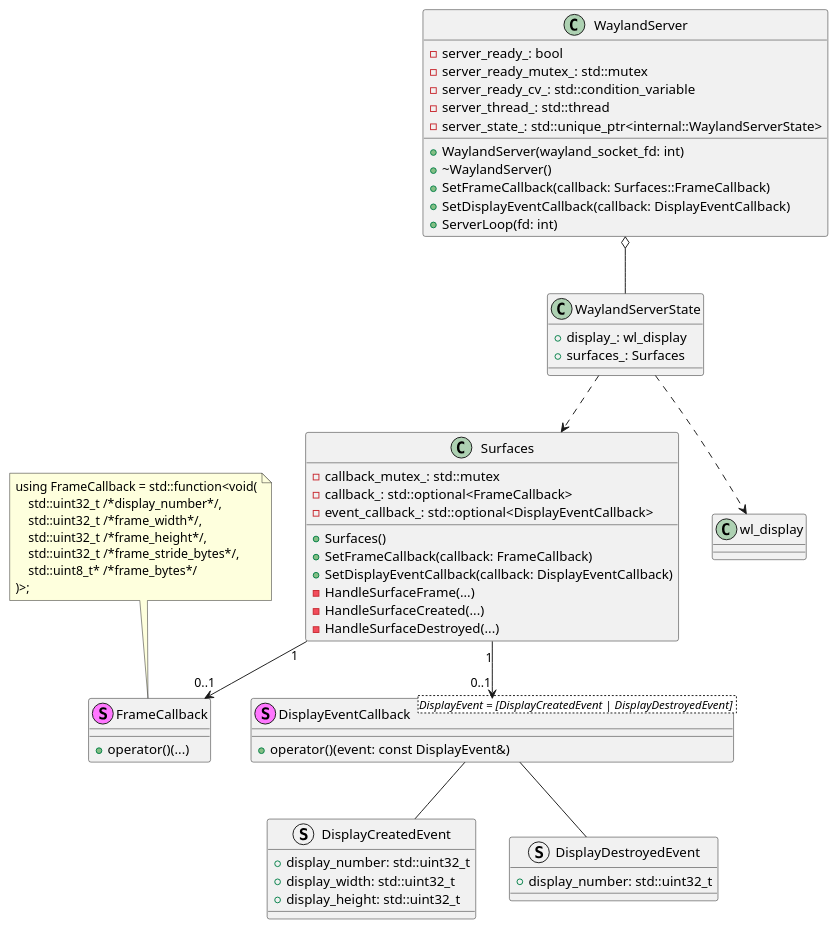
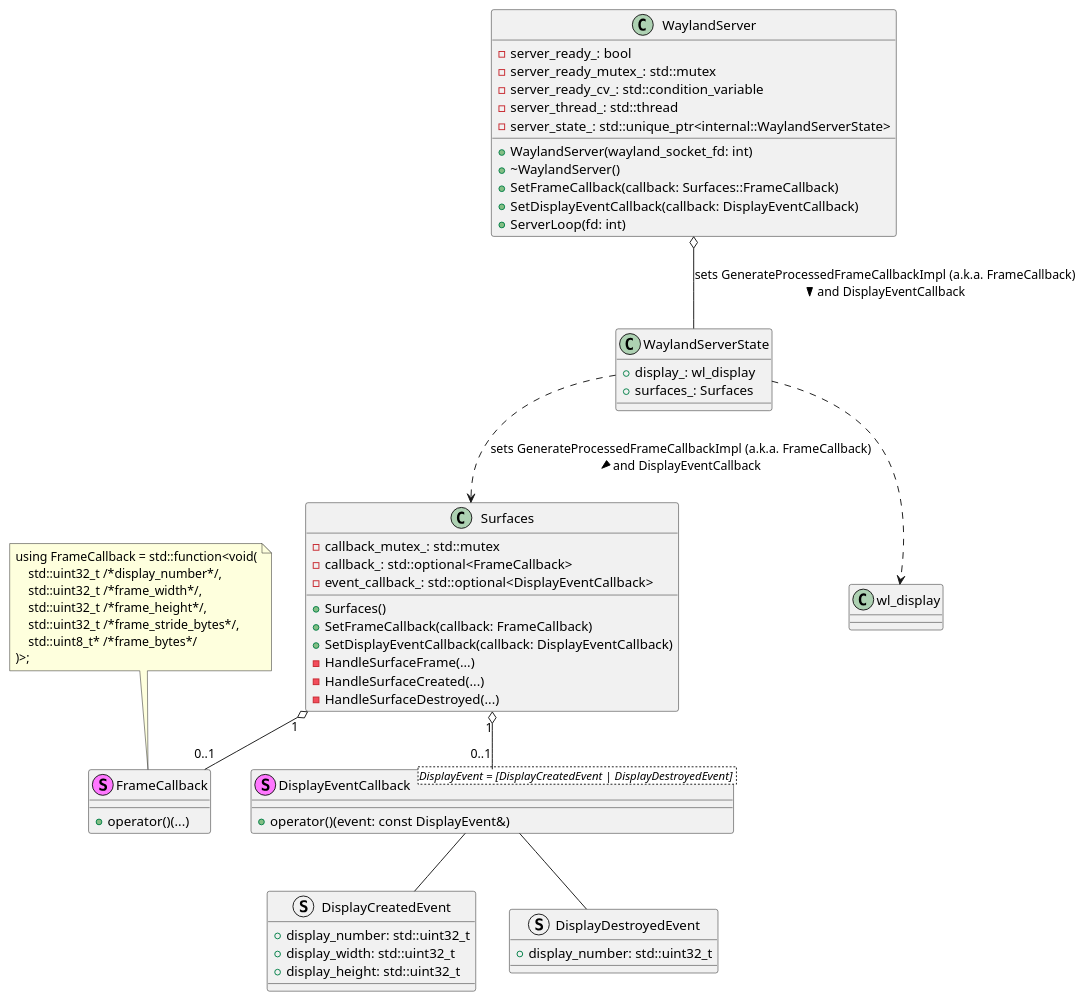
One commit to dmitvitalii/cf_diagrams changed the diagram in wayland_diagram.puml. Above: the diagram before and after it, drawn with PlantUML. The commit also changed 1 other file, not shown here.

```diff
--- a/wayland_diagram.puml
+++ b/wayland_diagram.puml
@@ -1,69 +1,70 @@
 @startuml
 
 class Surfaces {
   + Surfaces()
   + SetFrameCallback(callback: FrameCallback)
   + SetDisplayEventCallback(callback: DisplayEventCallback)
 
   - callback_mutex_: std::mutex
   - callback_: std::optional<FrameCallback>
   - event_callback_: std::optional<DisplayEventCallback>
 
   - HandleSurfaceFrame(...)
   - HandleSurfaceCreated(...)
   - HandleSurfaceDestroyed(...)
 }
 
 
 class WaylandServer {
   -server_ready_: bool
   -server_ready_mutex_: std::mutex
   -server_ready_cv_: std::condition_variable
   -server_thread_: std::thread
   -server_state_: std::unique_ptr<internal::WaylandServerState>
   +WaylandServer(wayland_socket_fd: int)
   +~WaylandServer()
   +SetFrameCallback(callback: Surfaces::FrameCallback)
   +SetDisplayEventCallback(callback: DisplayEventCallback)
   +ServerLoop(fd: int)
 }
 
 stereotype FrameCallback {
   +operator()(...)
 }
 note top of FrameCallback: using FrameCallback = std::function<void(\n    std::uint32_t /*display_number*/,\n    std::uint32_t /*frame_width*/,\n    std::uint32_t /*frame_height*/,\n    std::uint32_t /*frame_stride_bytes*/,\n    std::uint8_t* /*frame_bytes*/\n)>;
 
 
 struct DisplayCreatedEvent {
   +display_number: std::uint32_t
   +display_width: std::uint32_t
   +display_height: std::uint32_t
 }
 
 struct DisplayDestroyedEvent {
   +display_number: std::uint32_t
 }
 
 stereotype DisplayEventCallback<DisplayEvent = [DisplayCreatedEvent | DisplayDestroyedEvent] > {
   +operator()(event: const DisplayEvent&)
 }
  
 
 class WaylandServerState {
   +display_: wl_display
   +surfaces_: Surfaces
 }
 
 
-WaylandServer o-- WaylandServerState
-WaylandServerState ..> Surfaces
+WaylandServer o-- WaylandServerState : sets GenerateProcessedFrameCallbackImpl (a.k.a. FrameCallback)\nand DisplayEventCallback >
+WaylandServerState ..> Surfaces : sets GenerateProcessedFrameCallbackImpl (a.k.a. FrameCallback)\nand DisplayEventCallback >
+
 WaylandServerState ..> wl_display
 
-Surfaces "1" --> "0..1" FrameCallback
-Surfaces "1" --> "0..1" DisplayEventCallback
+Surfaces "1" o-- "0..1" FrameCallback
+Surfaces "1" o-- "0..1" DisplayEventCallback
 
 
 DisplayEventCallback -- DisplayCreatedEvent 
 DisplayEventCallback -- DisplayDestroyedEvent
 
 @enduml
```
